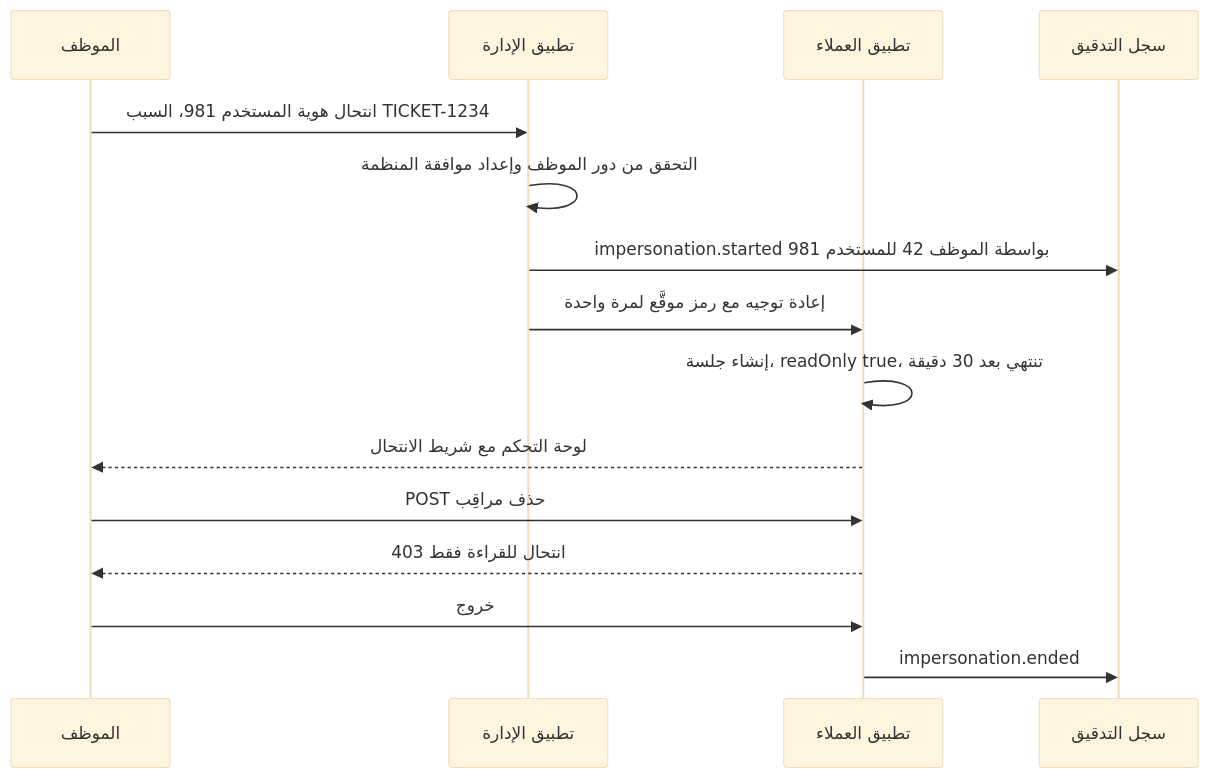
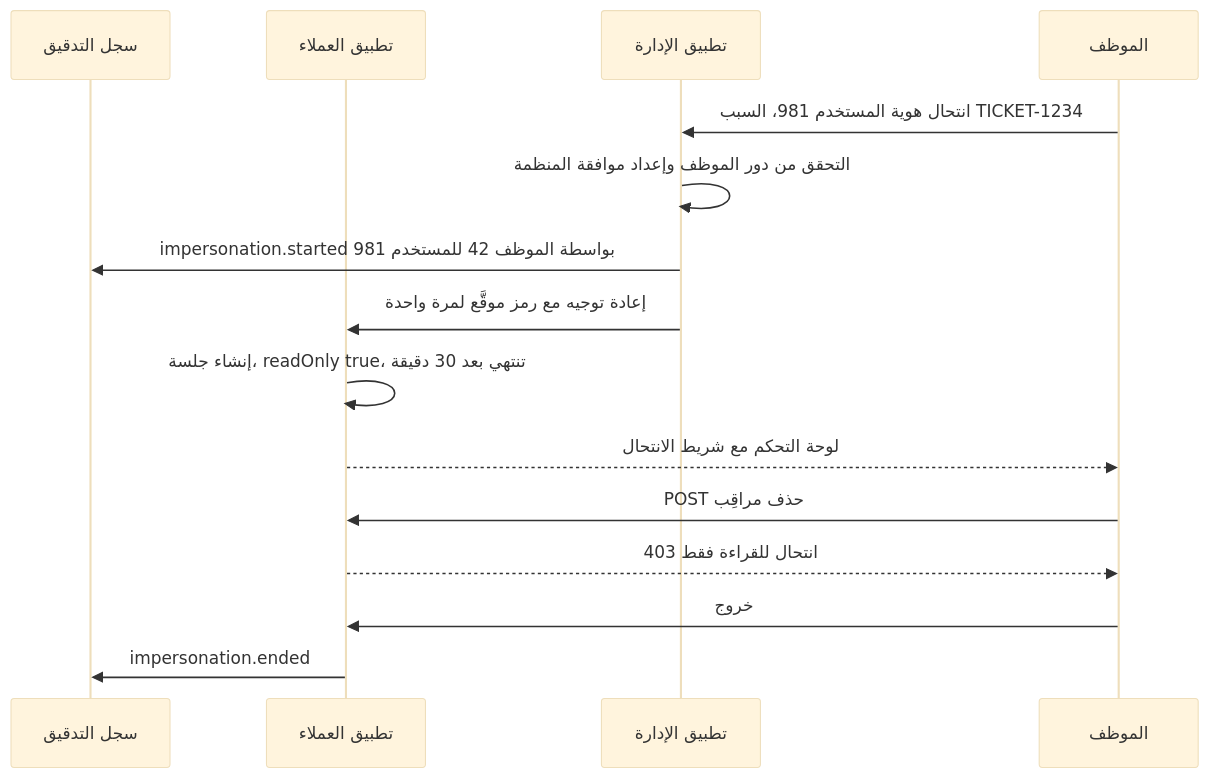
The second of 7 diagrams in saas/modules/07-operations.ar.md (Tamoura/system-design-for-vibe-coders), drawn with Mermaid (base theme) before and after one commit. The commit also changed other lines of this file and 31 other files, not shown here.

First line of the commit message:
Arabic editions: diagrams flow right to left

````diff
--- a/saas/modules/07-operations.ar.md
+++ b/saas/modules/07-operations.ar.md
@@ -92,17 +92,17 @@
 ```mermaid
 sequenceDiagram
-  participant S as الموظف
-  participant A as تطبيق الإدارة
-  participant C as تطبيق العملاء
-  participant L as سجل التدقيق
+    participant L as سجل التدقيق
+    participant C as تطبيق العملاء
+    participant A as تطبيق الإدارة
+    participant S as الموظف
   S->>A: انتحال هوية المستخدم 981، السبب TICKET-1234
   A->>A: التحقق من دور الموظف وإعداد موافقة المنظمة
   A->>L: impersonation.started بواسطة الموظف 42 للمستخدم 981
   A->>C: إعادة توجيه مع رمز موقَّع لمرة واحدة
   C->>C: إنشاء جلسة، readOnly true، تنتهي بعد 30 دقيقة
   C-->>S: لوحة التحكم مع شريط الانتحال
   S->>C: POST حذف مراقِب
   C-->>S: 403 انتحال للقراءة فقط
   S->>C: خروج
   C->>L: impersonation.ended
 ```
````
